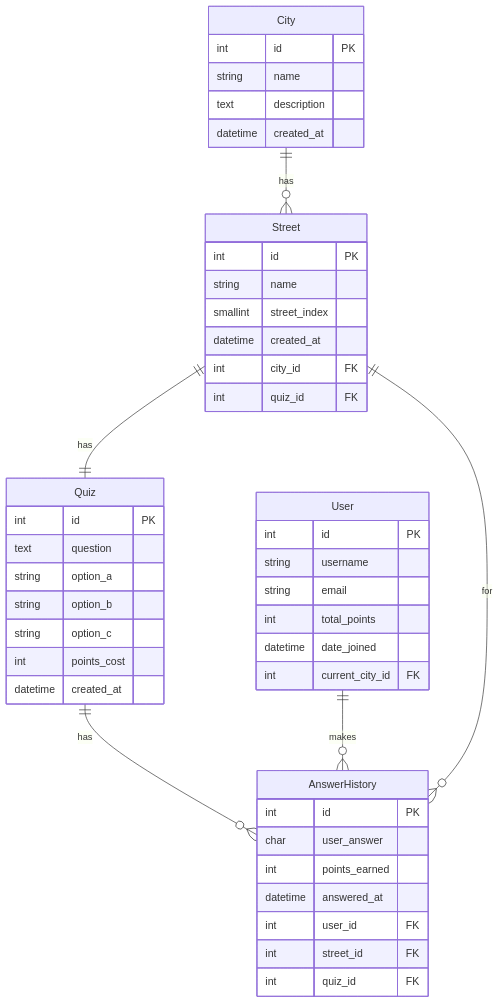
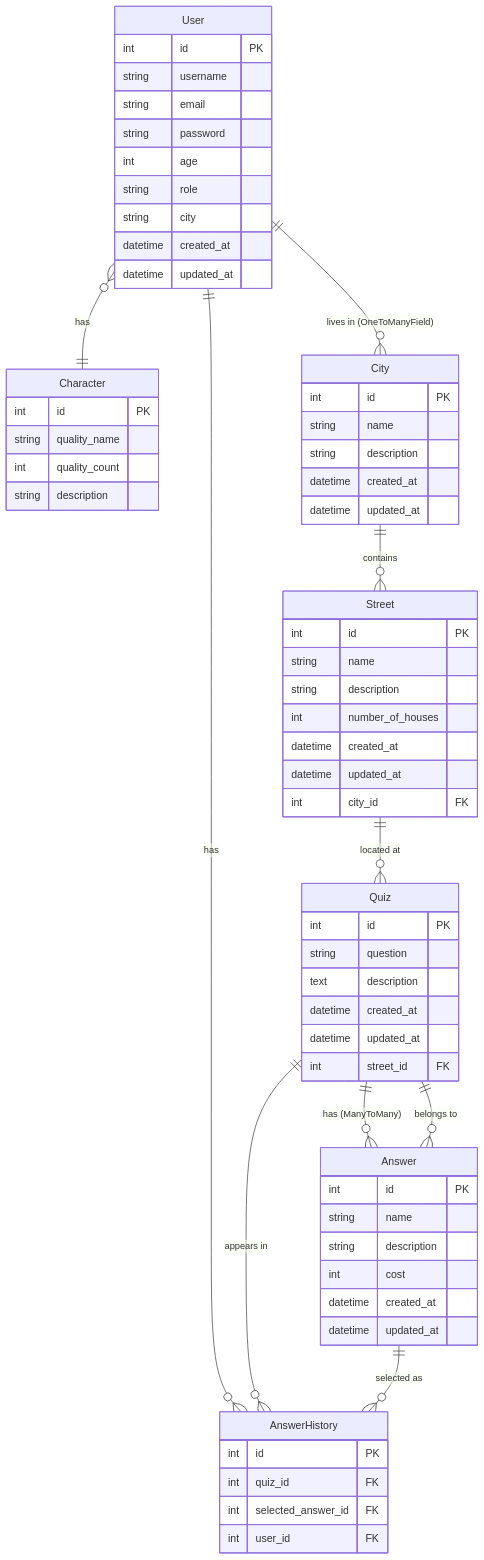
The diagram in person_ville/README.md (Chernov2312/PersonVille), drawn with Mermaid before and after one commit. The commit also changed 4 other files, not shown here.

````diff
--- a/person_ville/README.md
+++ b/person_ville/README.md
@@ -3,53 +3,76 @@
 ```mermaid
 erDiagram
+    User {
+        int id PK
+        string username
+        string email
+        string password
+        int age
+        string role
+        string city
+        datetime created_at
+        datetime updated_at
+    }
+    
+    Character {
+        int id PK
+        string quality_name
+        int quality_count
+        string description
+    }
+    
     City {
         int id PK
         string name
-        text description
+        string description
         datetime created_at
+        datetime updated_at
     }
     
     Street {
         int id PK
         string name
-        smallint street_index
+        string description
+        int number_of_houses
         datetime created_at
+        datetime updated_at
         int city_id FK
-        int quiz_id FK
     }
     
     Quiz {
         int id PK
-        text question
-        string option_a
-        string option_b
-        string option_c
-        int points_cost
+        string question
+        text description
         datetime created_at
+        datetime updated_at
+        int street_id FK
+    }
+    
+    Answer {
+        int id PK
+        string name
+        string description
+        int cost
+        datetime created_at
+        datetime updated_at
     }
     
     AnswerHistory {
         int id PK
-        char user_answer
-        int points_earned
-        datetime answered_at
+        int quiz_id FK
+        int selected_answer_id FK
         int user_id FK
-        int street_id FK
-        int quiz_id FK
     }
     
-    User {
-        int id PK
-        string username
-        string email
-        int total_points
-        datetime date_joined
-        int current_city_id FK
-    }
+    %% Relationships
+    User ||--o{ AnswerHistory : "has"
+    Quiz ||--o{ AnswerHistory : "appears in"
+    Answer ||--o{ AnswerHistory : "selected as"
     
-    City ||--o{ Street : "has"
-    Street ||--|| Quiz : "has"
-    Quiz ||--o{ AnswerHistory : "has"
-    User ||--o{ AnswerHistory : "makes"
-    Street ||--o{ AnswerHistory : "for"
+    User }o--|| Character : "has"
+    User ||--o{ City : "lives in (OneToManyField)" 
+    City ||--o{ Street : "contains"
+    Street ||--o{ Quiz : "located at"
+    Quiz ||--o{ Answer : "has (ManyToMany)"
+    Answer }o--|| Quiz : "belongs to"
 ```
````
